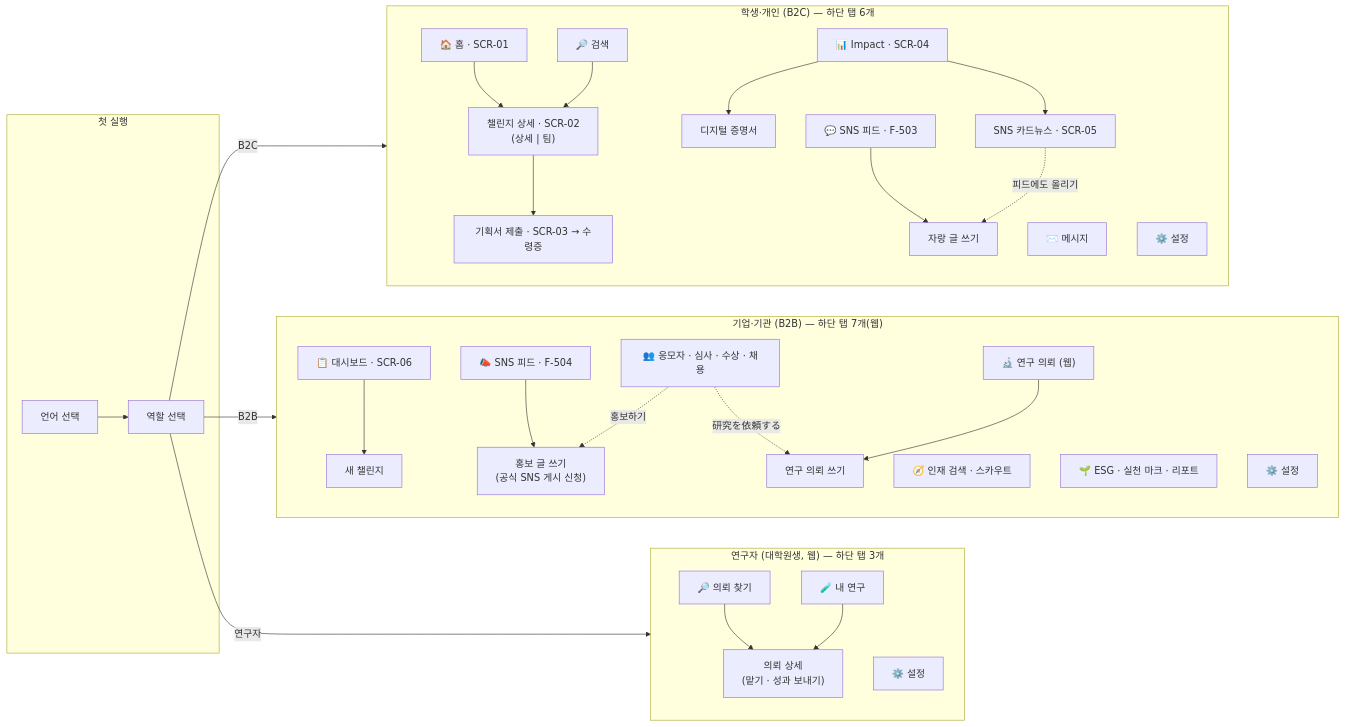
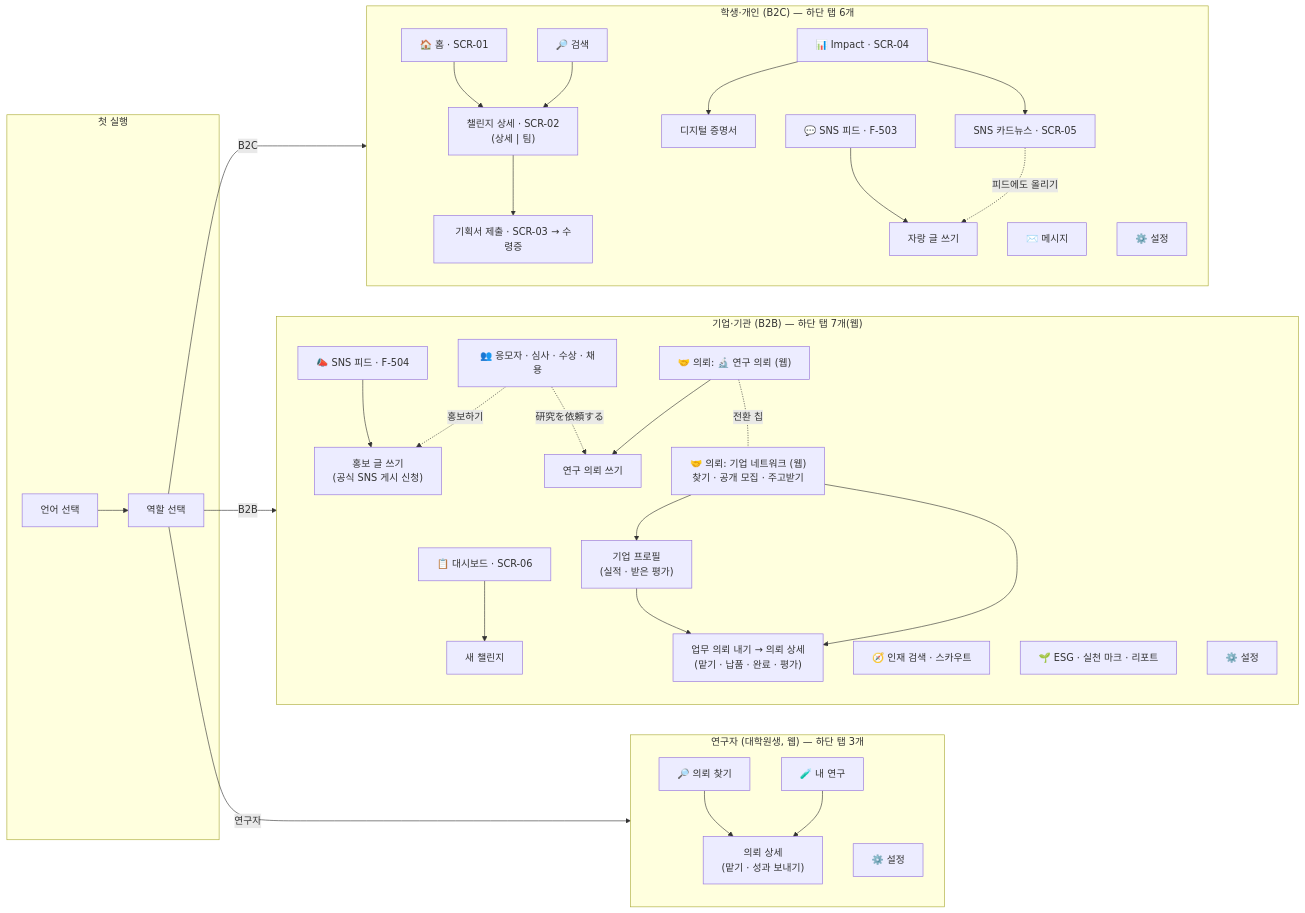
The seventh of 18 diagrams in README.md (atome9797/sdgs-compass), drawn with Mermaid before and after one commit. The commit also changed other lines of this file and 38 other files, not shown here.

````diff
--- a/README.md
+++ b/README.md
@@ -292,57 +296,63 @@
 ```mermaid
 flowchart LR
   subgraph gate["첫 실행"]
     g1["언어 선택"] --> g2["역할 선택"]
   end
   subgraph b2c["학생·개인 (B2C) — 하단 탭 6개"]
     direction TB
     home["🏠 홈 · SCR-01"]
     feed1["💬 SNS 피드 · F-503"]
     search["🔎 검색"]
     impact["📊 Impact · SCR-04"]
     msg["✉️ 메시지"]
     set1["⚙️ 설정"]
     ch["챌린지 상세 · SCR-02<br/>(상세 | 팀)"]
     sub["기획서 제출 · SCR-03 → 수령증"]
     cert["디지털 증명서"]
     share["SNS 카드뉴스 · SCR-05"]
     post1["자랑 글 쓰기"]
     home --> ch
     search --> ch
     ch --> sub
     impact --> cert
     impact --> share
     feed1 --> post1
     share -. "피드에도 올리기" .-> post1
   end
   subgraph b2b["기업·기관 (B2B) — 하단 탭 7개(웹)"]
     direction TB
     dash["📋 대시보드 · SCR-06"]
     new["새 챌린지"]
     app["👥 응모자 · 심사 · 수상 · 채용"]
     tal["🧭 인재 검색 · 스카우트"]
     esg["🌱 ESG · 실천 마크 · 리포트"]
     set2["⚙️ 설정"]
     feed2["📣 SNS 피드 · F-504"]
     post2["홍보 글 쓰기<br/>(공식 SNS 게시 신청)"]
-    res["🔬 연구 의뢰 (웹)"]
+    res["🤝 의뢰: 🔬 연구 의뢰 (웹)"]
     resnew["연구 의뢰 쓰기"]
+    net["🤝 의뢰: 기업 네트워크 (웹)<br/>찾기 · 공개 모집 · 주고받기"]
+    netco["기업 프로필<br/>(실적 · 받은 평가)"]
+    netreq["업무 의뢰 내기 → 의뢰 상세<br/>(맡기 · 납품 · 완료 · 평가)"]
     dash --> new
     feed2 --> post2
     app -. "홍보하기" .-> post2
     app -. "研究を依頼する" .-> resnew
     res --> resnew
+    res -. "전환 칩" .- net
+    net --> netco --> netreq
+    net --> netreq
   end
   subgraph lab["연구자 (대학원생, 웹) — 하단 탭 3개"]
     direction TB
     find["🔎 의뢰 찾기"]
     req["의뢰 상세<br/>(맡기 · 성과 보내기)"]
     mine["🧪 내 연구"]
     set3["⚙️ 설정"]
     find --> req
     mine --> req
   end
   g2 -- "B2C" --> b2c
   g2 -- "B2B" --> b2b
   g2 -- "연구자" --> lab
 ```
````
